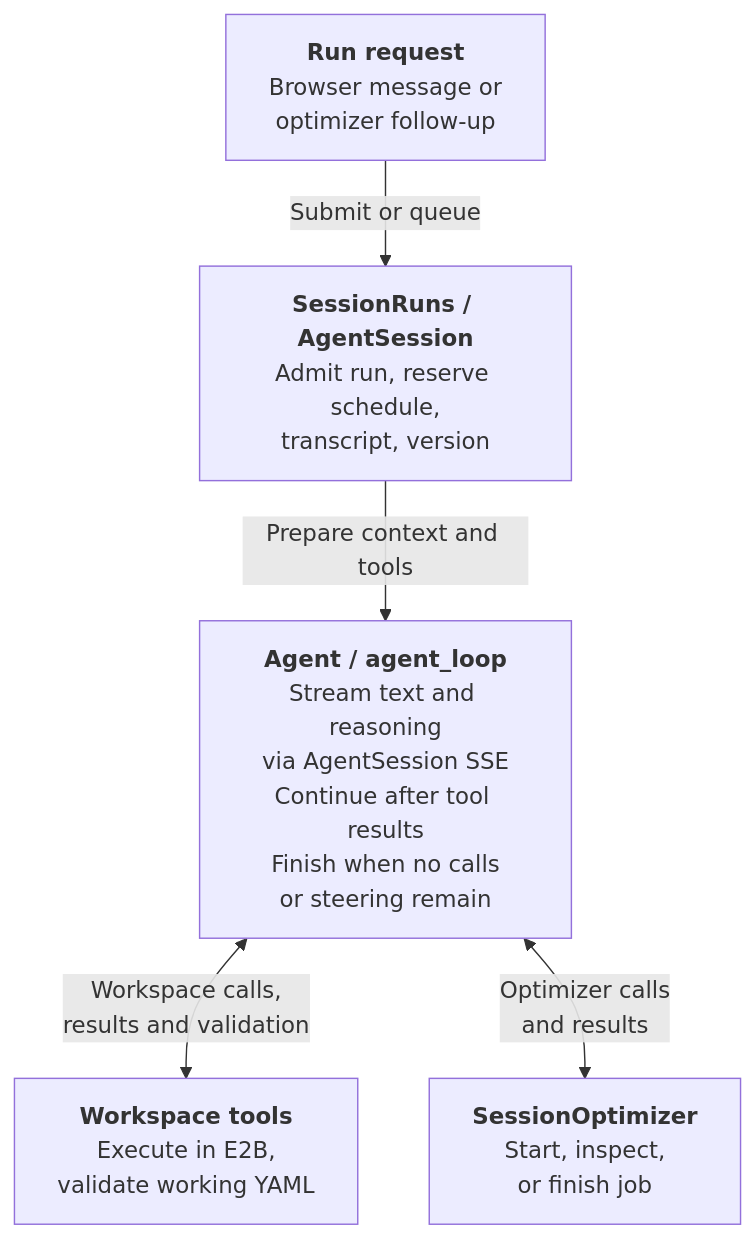
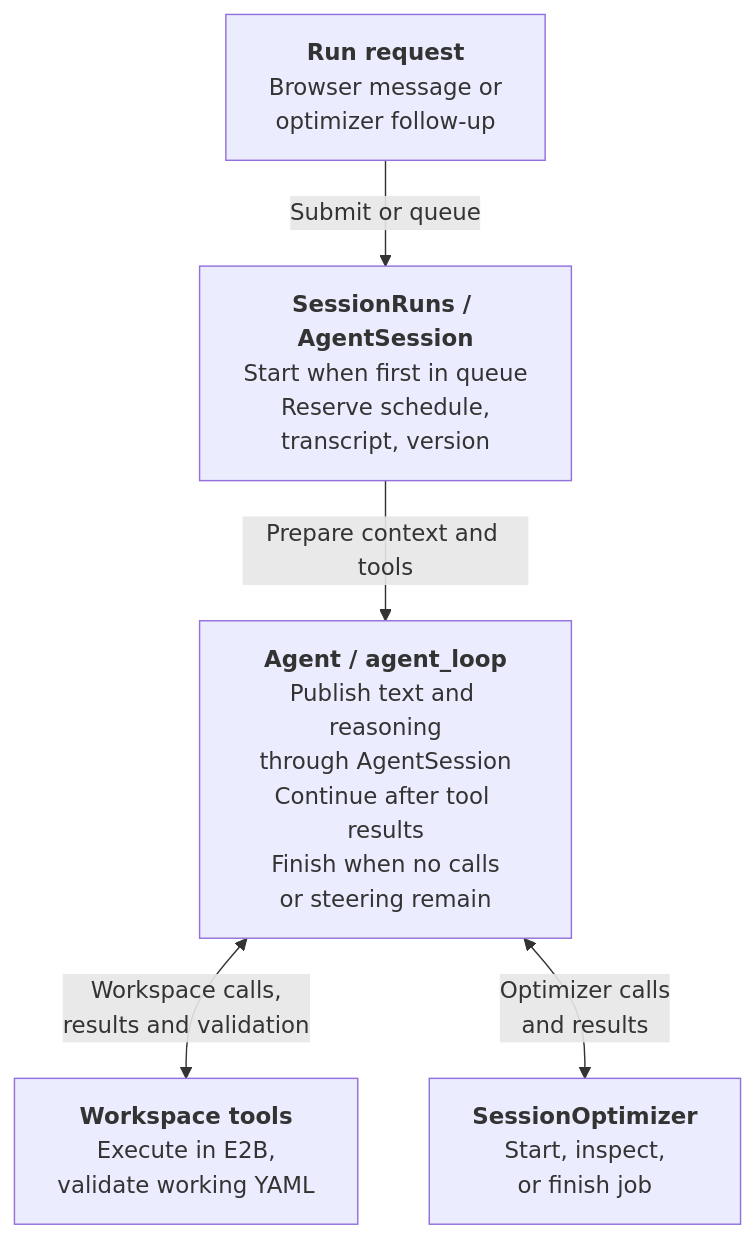
One commit to j3soon/nurse-scheduling changed the fifth of 15 diagrams in docs/content/developer-guide/ai-assistant.md. Above: the diagram before and after it, drawn with Mermaid. The commit also changed other lines of this file and 1 other file, not shown here.

First line of the commit message:
docs(ai): clarify unified session events and diagrams

````diff
--- a/docs/content/developer-guide/ai-assistant.md
+++ b/docs/content/developer-guide/ai-assistant.md
@@ -204,13 +208,13 @@
 ```mermaid
 flowchart TB
     Start[<b>Run request</b><br/>Browser message or<br/>optimizer follow-up]
-    Admit[<b>SessionRuns / AgentSession</b><br/>Admit run, reserve schedule,<br/>transcript, version]
-    Step[<b>Agent / agent_loop</b><br/>Stream text and reasoning<br/>via AgentSession SSE<br/>Continue after tool results<br/>Finish when no calls<br/>or steering remain]
+    StartRun[<b>SessionRuns / AgentSession</b><br/>Start when first in queue<br/>Reserve schedule,<br/>transcript, version]
+    Step[<b>Agent / agent_loop</b><br/>Publish text and reasoning<br/>through AgentSession<br/>Continue after tool results<br/>Finish when no calls<br/>or steering remain]
     Tool[<b>Workspace tools</b><br/>Execute in E2B,<br/>validate working YAML]
     Job[<b>SessionOptimizer</b><br/>Start, inspect,<br/>or finish job]
 
-    Start -->|Submit or queue| Admit
-    Admit -->|Prepare context and tools| Step
+    Start -->|Submit or queue| StartRun
+    StartRun -->|Prepare context and tools| Step
     Step <-->|Workspace calls,<br/>results and validation| Tool
     Step <-->|Optimizer calls<br/>and results| Job
 ```
````
